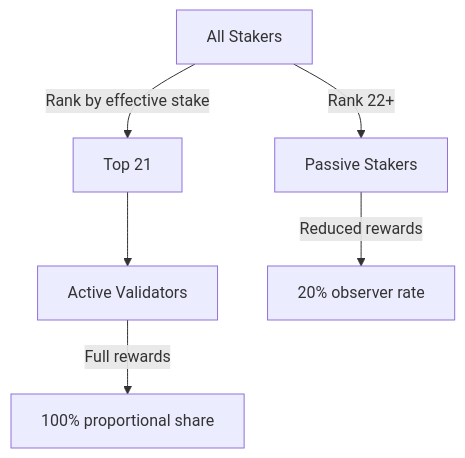
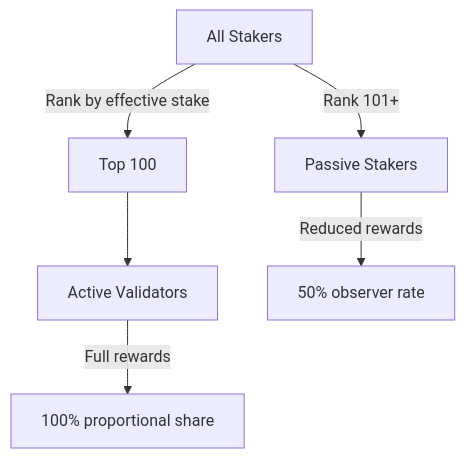
One commit to UltraDAGcom/core changed the diagram in mkdocs-site/tokenomics/staking.md. Above: the diagram before and after it, drawn with Mermaid. The commit also changed other lines of this file and 10 other files, not shown here.

````diff
--- a/mkdocs-site/tokenomics/staking.md
+++ b/mkdocs-site/tokenomics/staking.md
@@ -55,8 +55,8 @@
 ```mermaid
 graph TD
-    A[All Stakers] -->|Rank by effective stake| B[Top 21]
+    A[All Stakers] -->|Rank by effective stake| B[Top 100]
     B --> C[Active Validators]
-    A -->|Rank 22+| D[Passive Stakers]
+    A -->|Rank 101+| D[Passive Stakers]
     C -->|Full rewards| E[100% proportional share]
-    D -->|Reduced rewards| F[20% observer rate]
+    D -->|Reduced rewards| F[50% observer rate]
 ```
````
